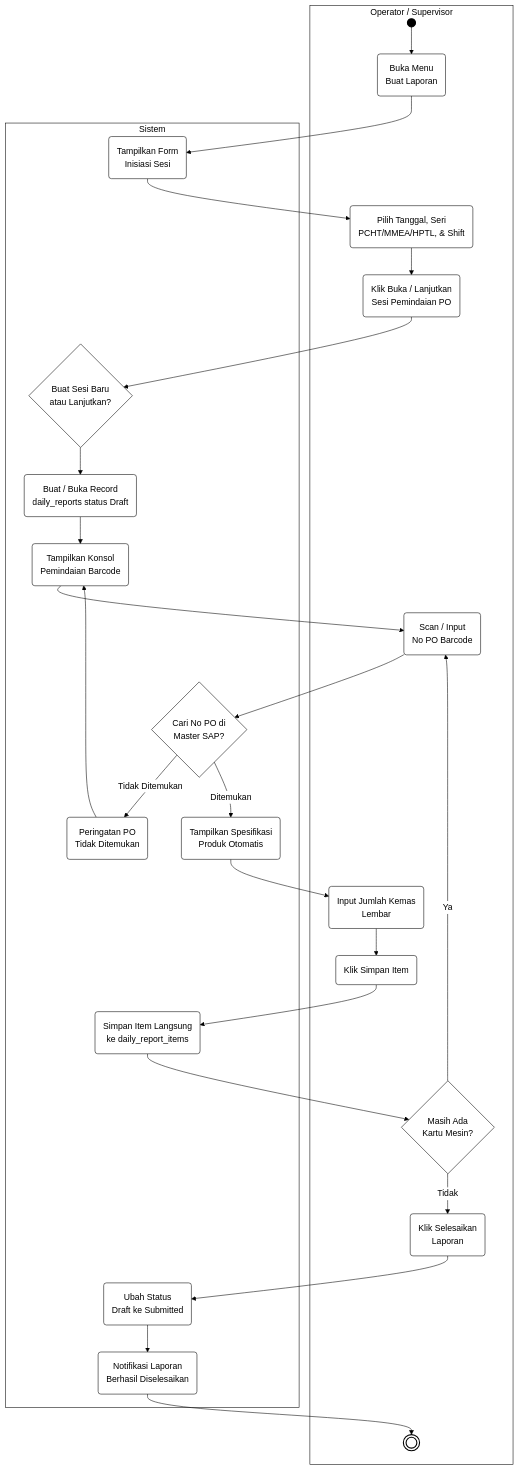
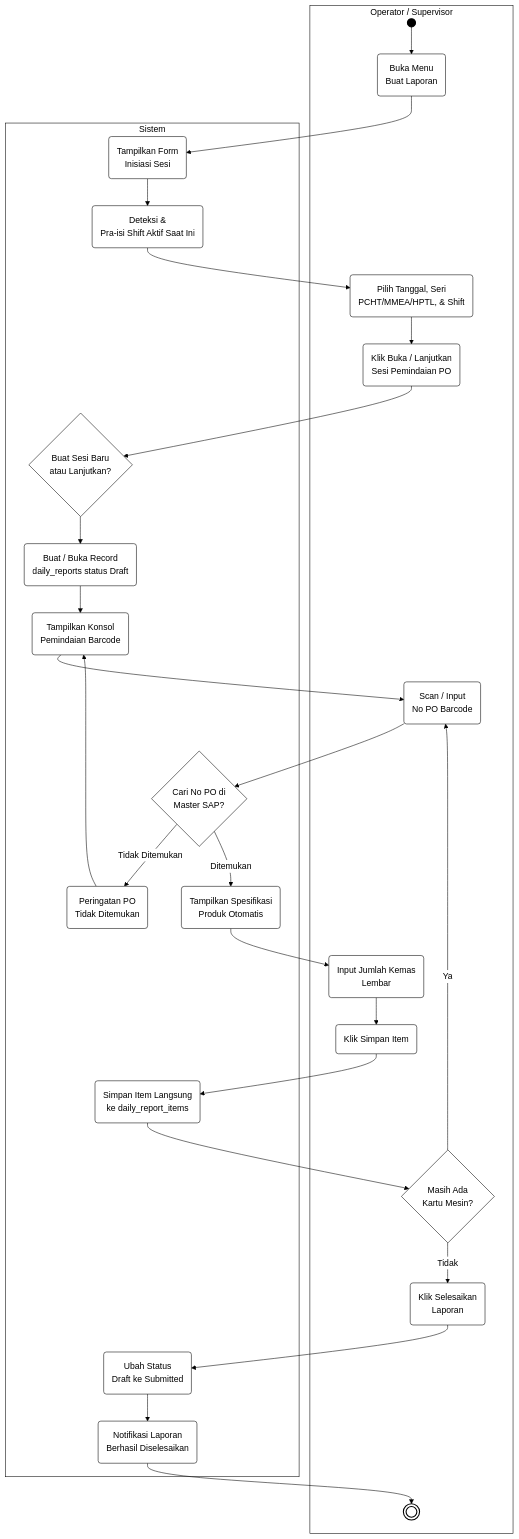
Before and after one commit to ZulfikarHD/scan-produksi: the seventh of 11 diagrams in docs/BAB_III_Draft.md, drawn with Mermaid. The commit also changed other lines of this file, not shown here.

````diff
--- a/docs/BAB_III_Draft.md
+++ b/docs/BAB_III_Draft.md
@@ -559,54 +568,56 @@
 ```mermaid
 %%{init: {'theme': 'base', 'themeVariables': { 'primaryColor': '#ffffff', 'primaryBorderColor': '#000000', 'primaryTextColor': '#000000', 'lineColor': '#000000', 'textColor': '#000000', 'clusterBkg': '#ffffff', 'clusterBorder': '#000000', 'edgeLabelBackground':'#ffffff' }}}%%
 flowchart TD
     subgraph Operator ["Operator / Supervisor"]
         P_Start(( ))
         P_Buka(Buka Menu<br/>Buat Laporan)
         P_Pilih(Pilih Tanggal, Seri<br/>PCHT/MMEA/HPTL, & Shift)
         P_Launch(Klik Buka / Lanjutkan<br/>Sesi Pemindaian PO)
         P_Scan(Scan / Input<br/>No PO Barcode)
         P_Qty(Input Jumlah Kemas<br/>Lembar)
         P_SimpanItem(Klik Simpan Item)
         P_Cek{Masih Ada<br/>Kartu Mesin?}
         P_Selesai(Klik Selesaikan<br/>Laporan)
         P_End((( )))
     end
 
     subgraph Sistem ["Sistem"]
         S_Form(Tampilkan Form<br/>Inisiasi Sesi)
+        S_AutoShift(Deteksi &<br/>Pra-isi Shift Aktif Saat Ini)
         S_BuatSesi{Buat Sesi Baru<br/>atau Lanjutkan?}
         S_Record(Buat / Buka Record<br/>daily_reports status Draft)
         S_Konsol(Tampilkan Konsol<br/>Pemindaian Barcode)
         S_Cari{Cari No PO di<br/>Master SAP?}
         S_Err(Peringatan PO<br/>Tidak Ditemukan)
         S_Info(Tampilkan Spesifikasi<br/>Produk Otomatis)
         S_Item(Simpan Item Langsung<br/>ke daily_report_items)
         S_Final(Ubah Status<br/>Draft ke Submitted)
         S_Notif(Notifikasi Laporan<br/>Berhasil Diselesaikan)
     end
 
     P_Start --> P_Buka
     P_Buka --> S_Form
-    S_Form --> P_Pilih
+    S_Form --> S_AutoShift
+    S_AutoShift --> P_Pilih
     P_Pilih --> P_Launch
     P_Launch --> S_BuatSesi
     S_BuatSesi --> S_Record
     S_Record --> S_Konsol
     S_Konsol --> P_Scan
     P_Scan --> S_Cari
     S_Cari -- Tidak Ditemukan --> S_Err
     S_Err --> S_Konsol
     S_Cari -- Ditemukan --> S_Info
     S_Info --> P_Qty
     P_Qty --> P_SimpanItem
     P_SimpanItem --> S_Item
     S_Item --> P_Cek
     P_Cek -- Ya --> P_Scan
     P_Cek -- Tidak --> P_Selesai
     P_Selesai --> S_Final
     S_Final --> S_Notif
     S_Notif --> P_End
 
     style P_Start fill:#000000,stroke:#000000,stroke-width:2px;
     style P_End fill:#ffffff,stroke:#000000,stroke-width:2px;
 ```
````
